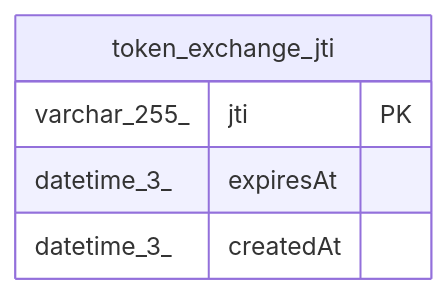
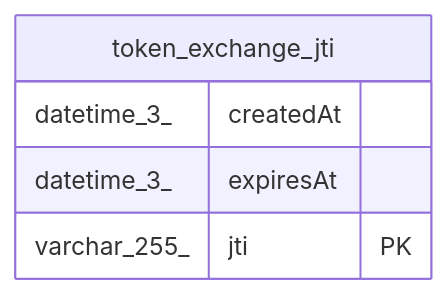
One commit to mayankjain1815-commits/n8n changed the diagram in docs/generated/sqlite-schema/token_exchange_jti.md. Above: the diagram before and after it, drawn with Mermaid. The commit also changed other lines of this file and 221 other files, not shown here.

Commit message:
chore(core): Make DB schema docs generation deterministic (#32373)

````diff
--- a/docs/generated/sqlite-schema/token_exchange_jti.md
+++ b/docs/generated/sqlite-schema/token_exchange_jti.md
@@ -37,10 +37,10 @@
 ```mermaid
 erDiagram
 
 
 "token_exchange_jti" {
+  datetime_3_ createdAt
+  datetime_3_ expiresAt
   varchar_255_ jti PK
-  datetime_3_ expiresAt
-  datetime_3_ createdAt
 }
 ```
````
